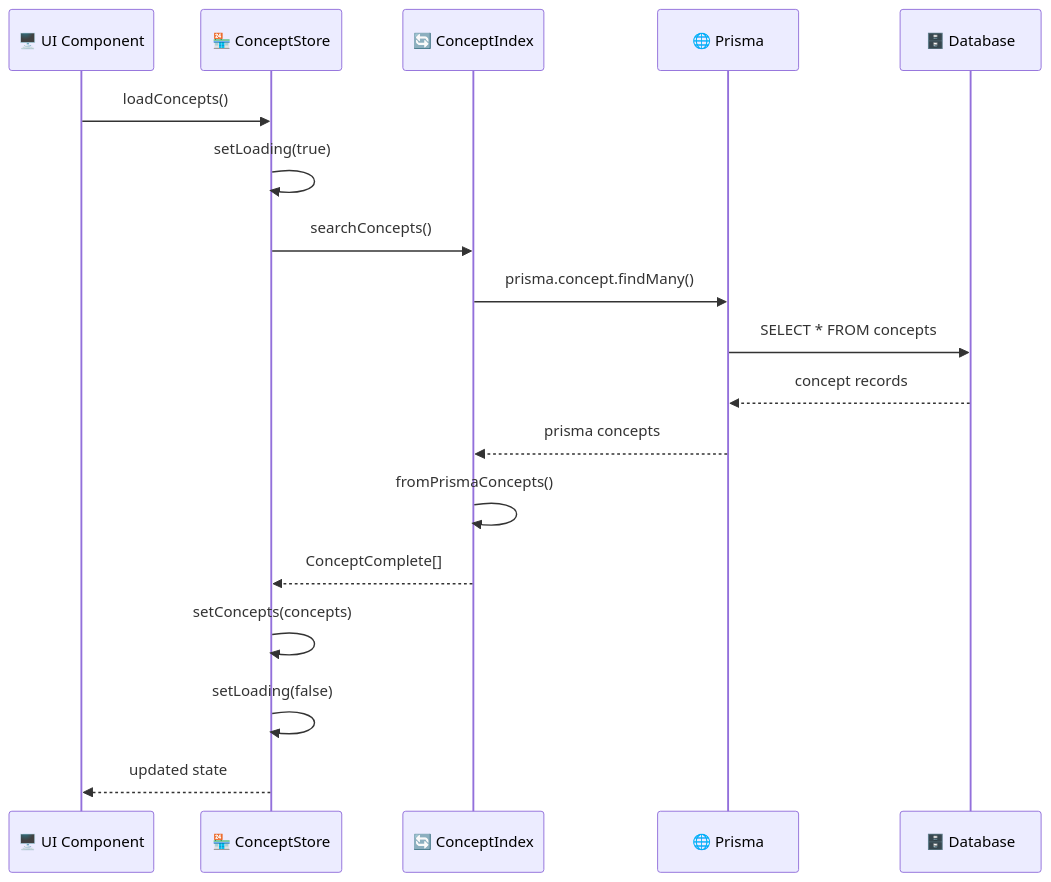
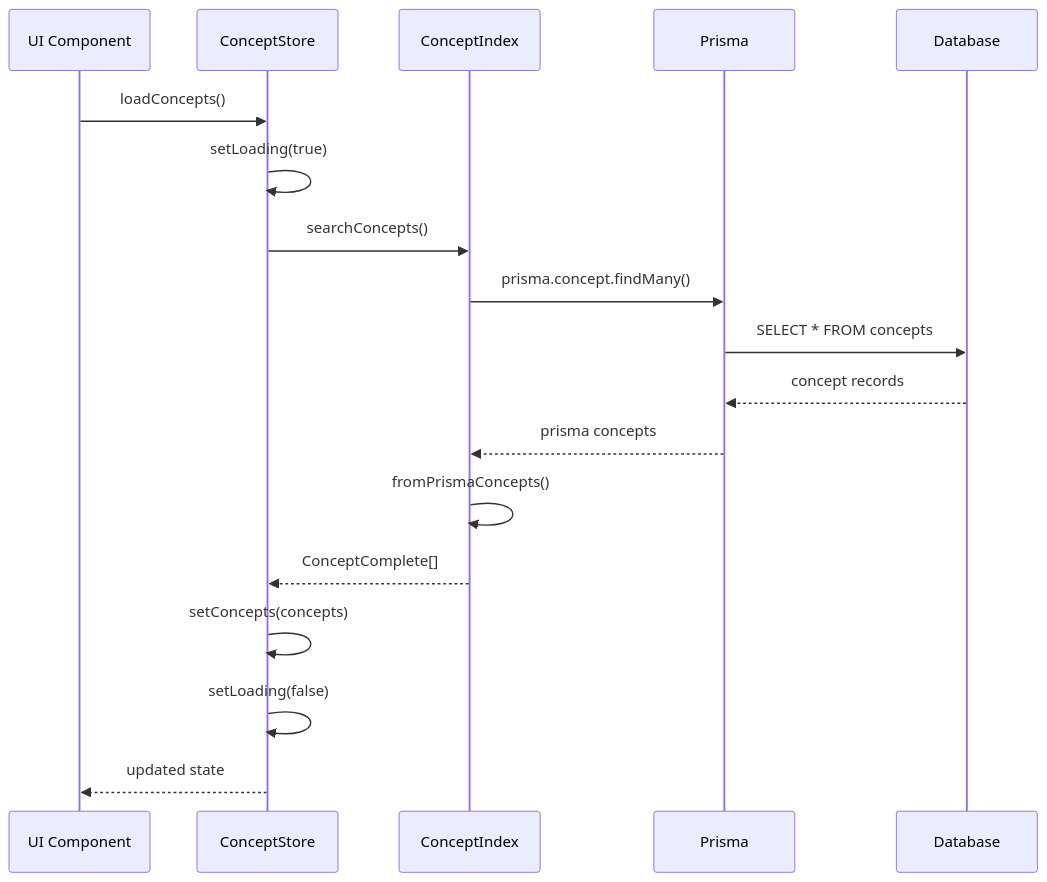
The second of 3 diagrams in src/store/entities/concept/README.md (gvastethecreator/media-manager), drawn with Mermaid before and after one commit. The commit also changed other lines of this file and 104 other files, not shown here.

Commit message:
docs: initialize comprehensive architectural documentation and component-level README files across the repository.

````diff
--- a/src/store/entities/concept/README.md
+++ b/src/store/entities/concept/README.md
@@ -212,21 +214,21 @@
 ```mermaid
 sequenceDiagram
-    participant UI as 🖥️ UI Component
-    participant Store as 🏪 ConceptStore
-    participant Index as 🔄 ConceptIndex
-    participant API as 🌐 Prisma
-    participant DB as 🗄️ Database
+    participant UI as UI Component
+    participant Store as ConceptStore
+    participant Index as ConceptIndex
+    participant API as Prisma
+    participant DB as Database
 
     UI->>Store: loadConcepts()
     Store->>Store: setLoading(true)
     Store->>Index: searchConcepts()
     Index->>API: prisma.concept.findMany()
     API->>DB: SELECT * FROM concepts
     DB-->>API: concept records
     API-->>Index: prisma concepts
     Index->>Index: fromPrismaConcepts()
     Index-->>Store: ConceptComplete[]
     Store->>Store: setConcepts(concepts)
     Store->>Store: setLoading(false)
     Store-->>UI: updated state
 ```
````
